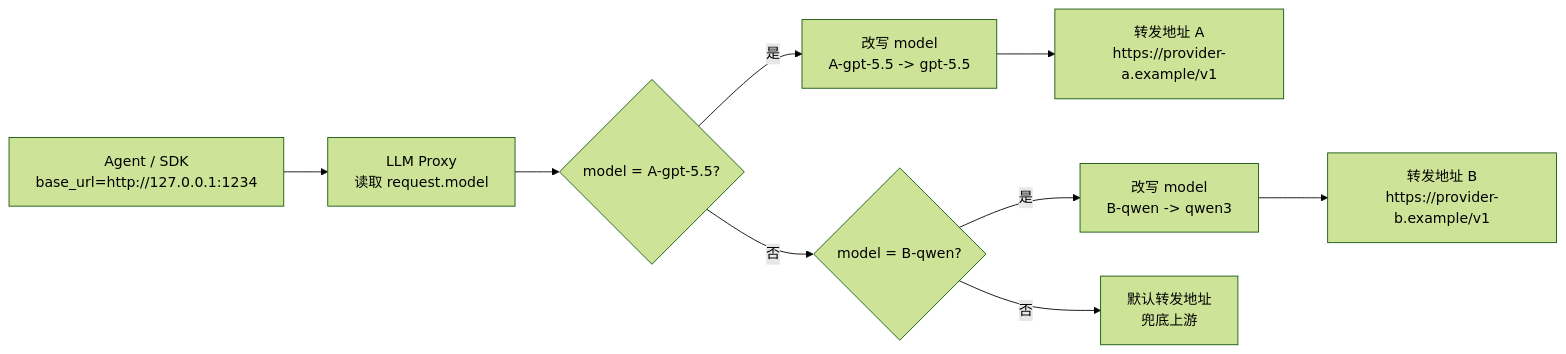
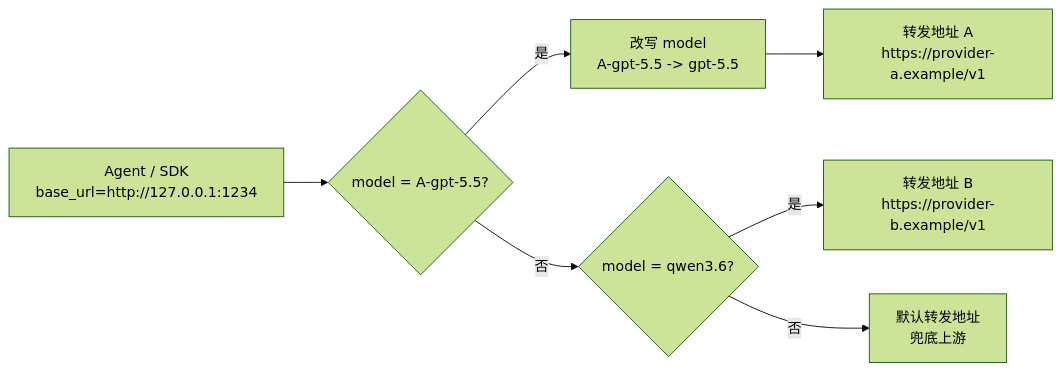
The second of 2 diagrams in README.cn.md (hongguifeng/local_ai_proxy), drawn with Mermaid (forest theme) before and after one commit. The commit also changed 1 other file, not shown here.

Commit message:
feat: Update routing flowcharts in README for improved clarity on model matching

````diff
--- a/README.cn.md
+++ b/README.cn.md
@@ -23,11 +23,9 @@
 ```mermaid
 flowchart LR
-  Client["Agent / SDK<br/>base_url=http://127.0.0.1:1234"] --> Proxy["LLM Proxy<br/>读取 request.model"]
-  Proxy --> MatchA{"model = A-gpt-5.5?"}
+  Client["Agent / SDK<br/>base_url=http://127.0.0.1:1234"] --> MatchA{"model = A-gpt-5.5?"}
   MatchA -- 是 --> RewriteA["改写 model<br/>A-gpt-5.5 -> gpt-5.5"]
   RewriteA --> UpstreamA["转发地址 A<br/>https://provider-a.example/v1"]
-  MatchA -- 否 --> MatchB{"model = B-qwen?"}
-  MatchB -- 是 --> RewriteB["改写 model<br/>B-qwen -> qwen3"]
-  RewriteB --> UpstreamB["转发地址 B<br/>https://provider-b.example/v1"]
+  MatchA -- 否 --> MatchB{"model = qwen3.6?"}
+  MatchB -- 是 --> UpstreamB["转发地址 B<br/>https://provider-b.example/v1"]
   MatchB -- 否 --> Default["默认转发地址<br/>兜底上游"]
 ```
````
